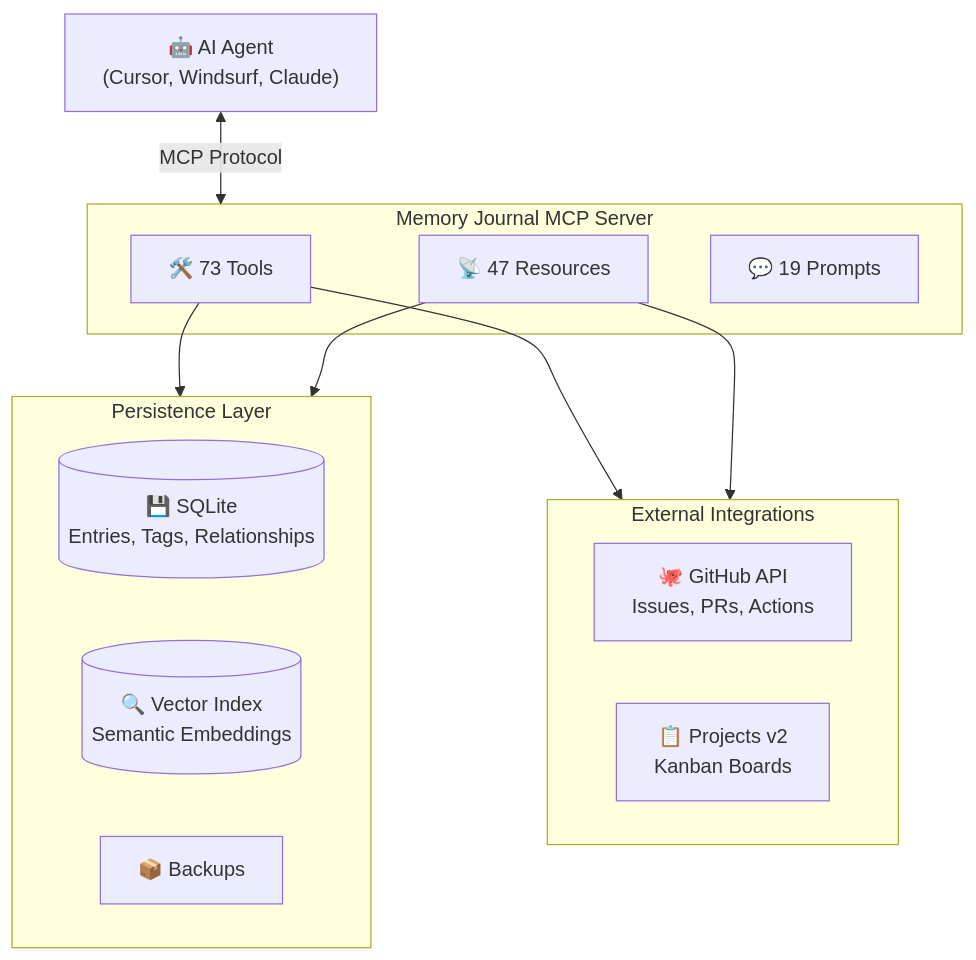
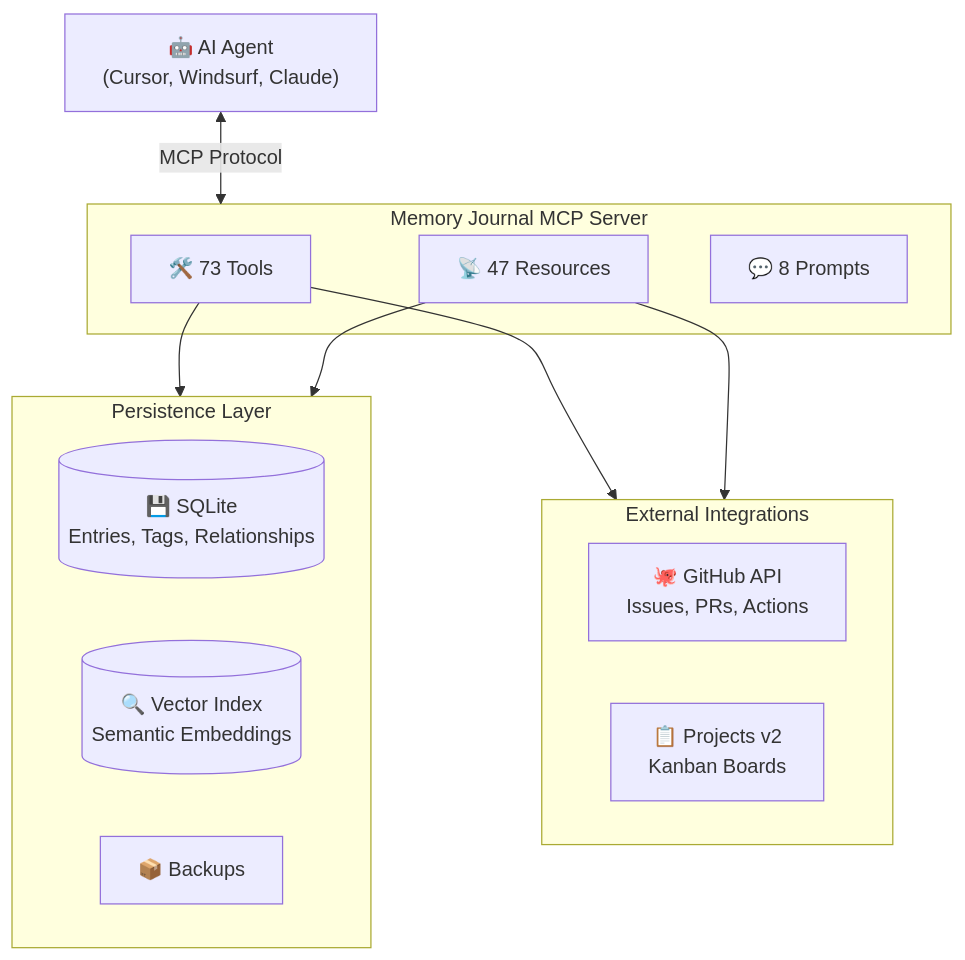
The second of 2 diagrams in README.md (neverinfamous/memory-journal-mcp), drawn with Mermaid before and after one commit. The commit also changed other lines of this file and 5 other files, not shown here.

````diff
--- a/README.md
+++ b/README.md
@@ -854,27 +841,27 @@
 ```mermaid
 flowchart TB
     AI["🤖 AI Agent<br/>(Cursor, Windsurf, Claude)"]
 
     subgraph MCP["Memory Journal MCP Server"]
         Tools["🛠️ 73 Tools"]
         Resources["📡 47 Resources"]
-        Prompts["💬 19 Prompts"]
+        Prompts["💬 8 Prompts"]
     end
 
     subgraph Storage["Persistence Layer"]
         SQLite[("💾 SQLite<br/>Entries, Tags, Relationships")]
         Vector[("🔍 Vector Index<br/>Semantic Embeddings")]
         Backups["📦 Backups"]
     end
 
     subgraph External["External Integrations"]
         GitHub["🐙 GitHub API<br/>Issues, PRs, Actions"]
         Kanban["📋 Projects v2<br/>Kanban Boards"]
     end
 
     AI <-->|"MCP Protocol"| MCP
     Tools --> Storage
     Tools --> External
     Resources --> Storage
     Resources --> External
 ```
````
